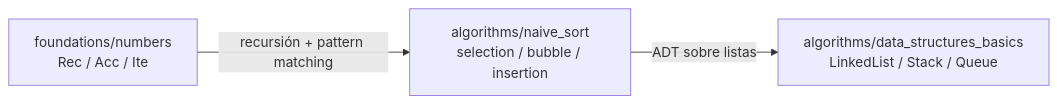
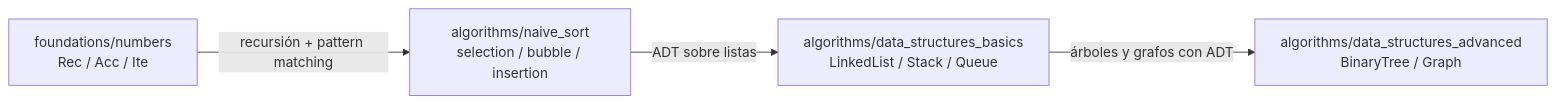
The diagram in core/algorithms/README.md (yorche3/elm), drawn with Mermaid before and after one commit. The commit also changed other lines of this file and 2 other files, not shown here.

Commit message:
docs(algorithms): update indexes and language README

````diff
--- a/core/algorithms/README.md
+++ b/core/algorithms/README.md
@@ -22,5 +23,6 @@
 ```mermaid
 graph LR
     D["foundations/numbers<br/>Rec / Acc / Ite"] -->|"recursión + pattern matching"| A["algorithms/naive_sort<br/>selection / bubble / insertion"]
     A -->|"ADT sobre listas"| B["algorithms/data_structures_basics<br/>LinkedList / Stack / Queue"]
+    B -->|"árboles y grafos con ADT"| C["algorithms/data_structures_advanced<br/>BinaryTree / Graph"]
 ```
````
